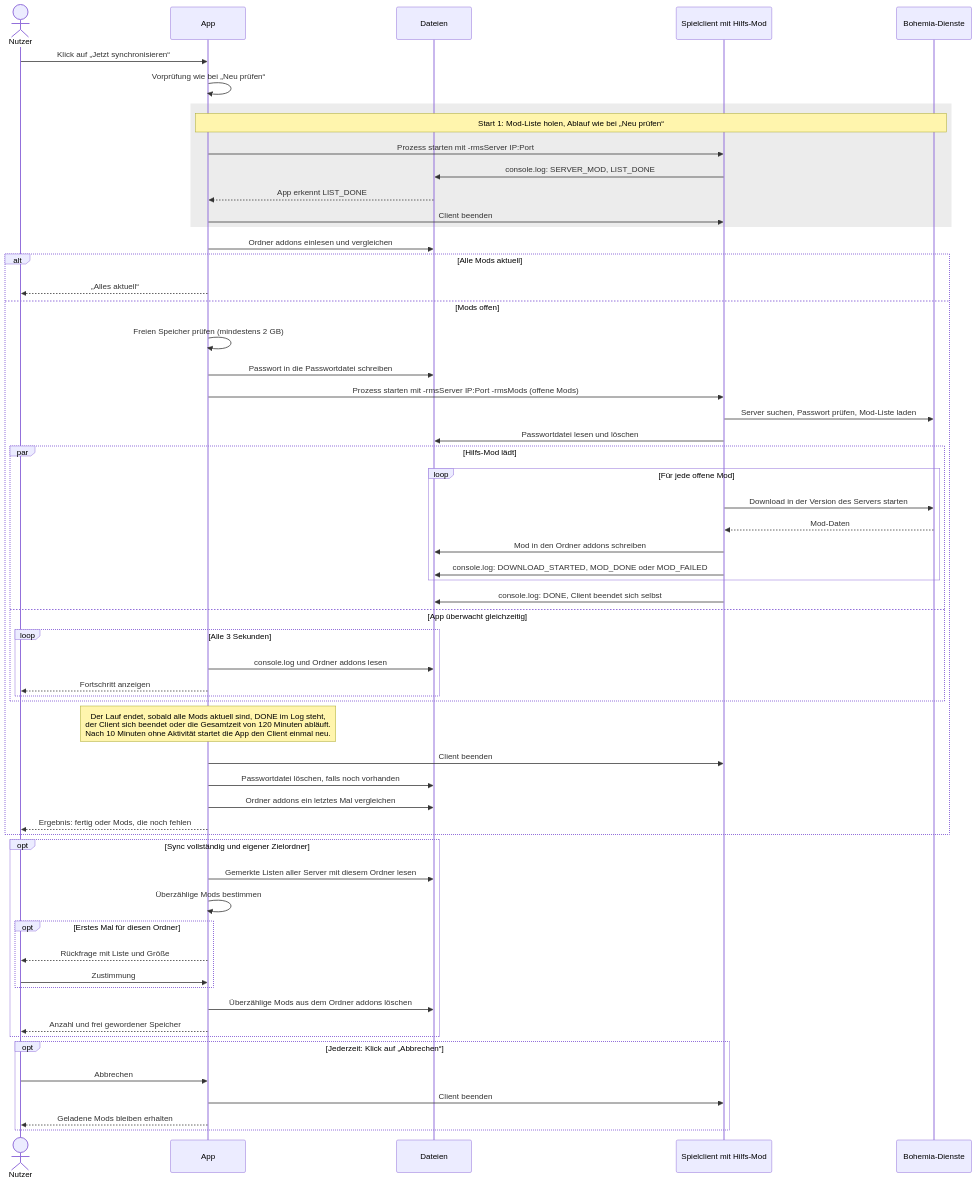
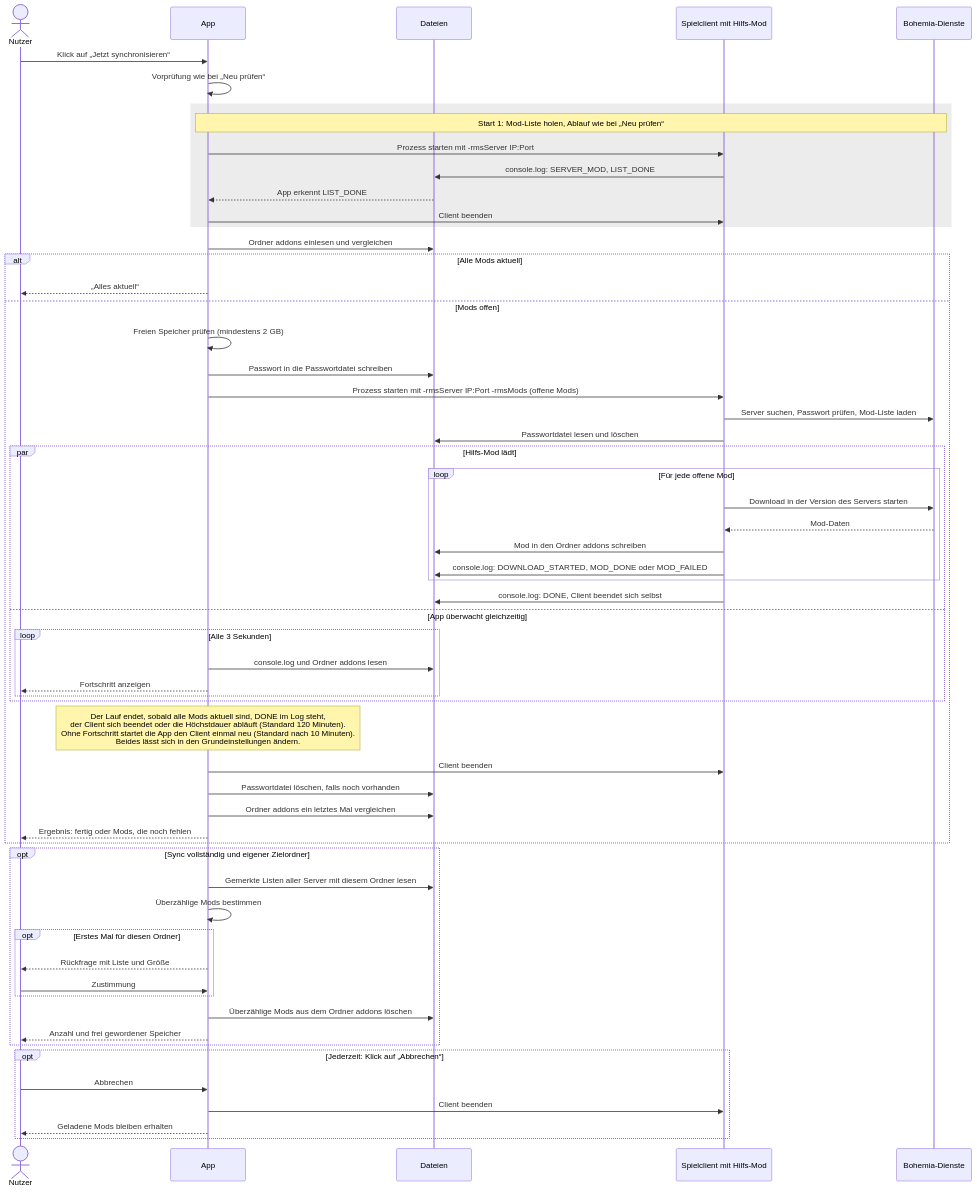
Before and after one commit to morok101st/Arma-Reforger-Local-Manager: the second of 3 diagrams in README.md, drawn with Mermaid. The commit also changed other lines of this file and 3 other files, not shown here.

````diff
--- a/README.md
+++ b/README.md
@@ -157,66 +171,66 @@
 ```mermaid
 sequenceDiagram
     actor N as Nutzer
     participant A as App
     participant D as Dateien
     participant H as Spielclient mit Hilfs-Mod
     participant B as Bohemia-Dienste
 
     N->>A: Klick auf „Jetzt synchronisieren“
     A->>A: Vorprüfung wie bei „Neu prüfen“
 
     rect rgba(128, 128, 128, 0.15)
         Note over A,B: Start 1: Mod-Liste holen, Ablauf wie bei „Neu prüfen“
         A->>H: Prozess starten mit -rmsServer IP:Port
         H->>D: console.log: SERVER_MOD, LIST_DONE
         D-->>A: App erkennt LIST_DONE
         A->>H: Client beenden
     end
 
     A->>D: Ordner addons einlesen und vergleichen
     alt Alle Mods aktuell
         A-->>N: „Alles aktuell“
     else Mods offen
         A->>A: Freien Speicher prüfen (mindestens 2 GB)
         A->>D: Passwort in die Passwortdatei schreiben
         A->>H: Prozess starten mit -rmsServer IP:Port -rmsMods (offene Mods)
         H->>B: Server suchen, Passwort prüfen, Mod-Liste laden
         H->>D: Passwortdatei lesen und löschen
         par Hilfs-Mod lädt
             loop Für jede offene Mod
                 H->>B: Download in der Version des Servers starten
                 B-->>H: Mod-Daten
                 H->>D: Mod in den Ordner addons schreiben
                 H->>D: console.log: DOWNLOAD_STARTED, MOD_DONE oder MOD_FAILED
             end
             H->>D: console.log: DONE, Client beendet sich selbst
         and App überwacht gleichzeitig
             loop Alle 3 Sekunden
                 A->>D: console.log und Ordner addons lesen
                 A-->>N: Fortschritt anzeigen
             end
         end
-        Note over A: Der Lauf endet, sobald alle Mods aktuell sind, DONE im Log steht,<br/>der Client sich beendet oder die Gesamtzeit von 120 Minuten abläuft.<br/>Nach 10 Minuten ohne Aktivität startet die App den Client einmal neu.
+        Note over A: Der Lauf endet, sobald alle Mods aktuell sind, DONE im Log steht,<br/>der Client sich beendet oder die Höchstdauer abläuft (Standard 120 Minuten).<br/>Ohne Fortschritt startet die App den Client einmal neu (Standard nach 10 Minuten).<br/>Beides lässt sich in den Grundeinstellungen ändern.
         A->>H: Client beenden
         A->>D: Passwortdatei löschen, falls noch vorhanden
         A->>D: Ordner addons ein letztes Mal vergleichen
         A-->>N: Ergebnis: fertig oder Mods, die noch fehlen
     end
 
     opt Sync vollständig und eigener Zielordner
         A->>D: Gemerkte Listen aller Server mit diesem Ordner lesen
         A->>A: Überzählige Mods bestimmen
         opt Erstes Mal für diesen Ordner
             A-->>N: Rückfrage mit Liste und Größe
             N->>A: Zustimmung
         end
         A->>D: Überzählige Mods aus dem Ordner addons löschen
         A-->>N: Anzahl und frei gewordener Speicher
     end
 
     opt Jederzeit: Klick auf „Abbrechen“
         N->>A: Abbrechen
         A->>H: Client beenden
         A-->>N: Geladene Mods bleiben erhalten
     end
 ```
````
